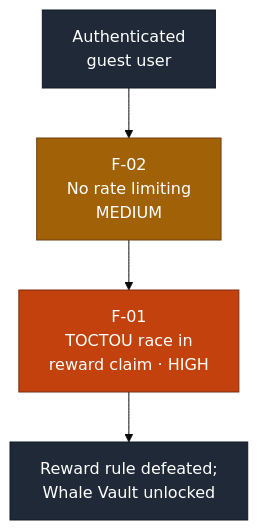
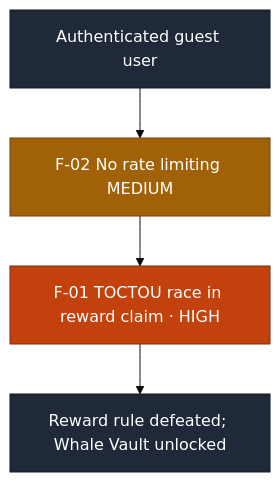
The first of 2 diagrams in reports/business-logic-assessment-2026-08.md (ouroboros-white/cybersecurity-portfolio), drawn with Mermaid (base theme) before and after one commit. The commit also changed 5 other files, not shown here.

First line of the commit message:
fix: drop <br/> from mermaid labels so diagrams render everywhere

````diff
--- a/reports/business-logic-assessment-2026-08.md
+++ b/reports/business-logic-assessment-2026-08.md
@@ -51,12 +51,12 @@
 ```mermaid
 flowchart TD
-    S["Authenticated<br/>guest user"] --> F2["F-02<br/>No rate limiting<br/>MEDIUM"]
-    F2 --> F1["F-01<br/>TOCTOU race in<br/>reward claim · HIGH"]
-    F1 --> R["Reward rule defeated;<br/>Whale Vault unlocked"]
+    S["Authenticated guest user"] --> F2["F-02 No rate limiting MEDIUM"]
+    F2 --> F1["F-01 TOCTOU race in reward claim · HIGH"]
+    F1 --> R["Reward rule defeated; Whale Vault unlocked"]
     classDef high fill:#c2410c,stroke:#7c2d12,color:#ffffff;
     classDef med fill:#a16207,stroke:#713f12,color:#ffffff;
     classDef term fill:#1f2937,stroke:#111827,color:#ffffff;
     class F1 high;
     class F2 med;
     class S,R term;
 ```
````
